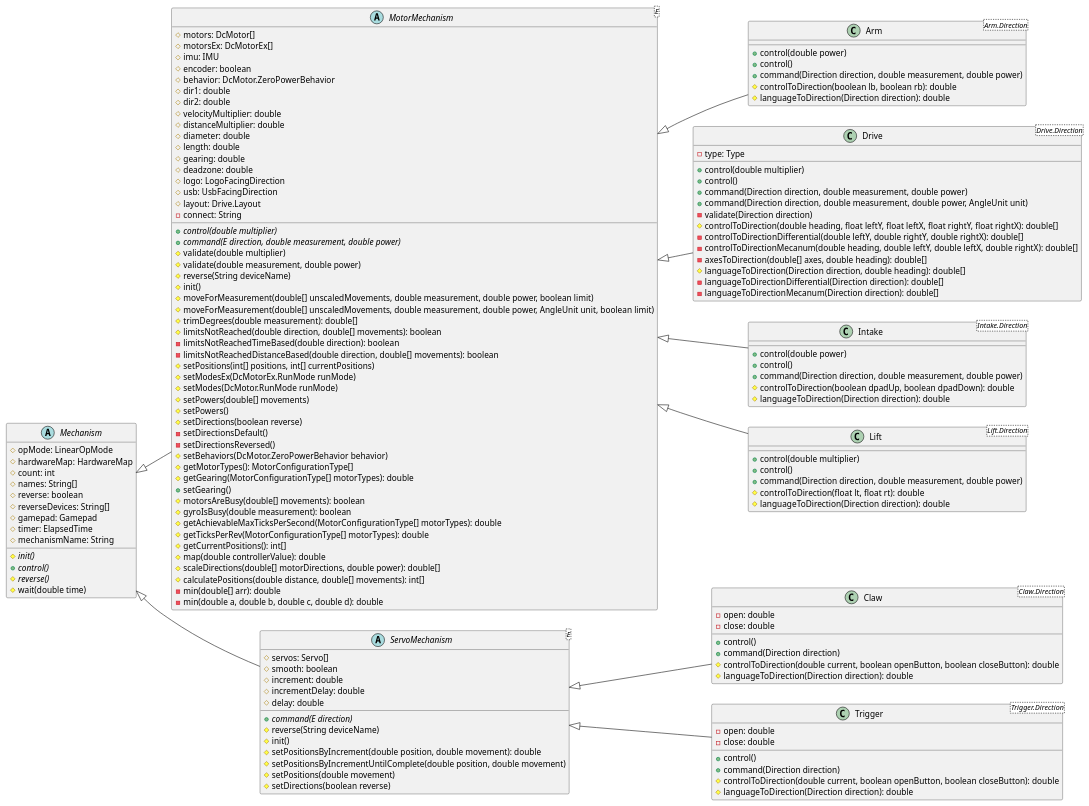
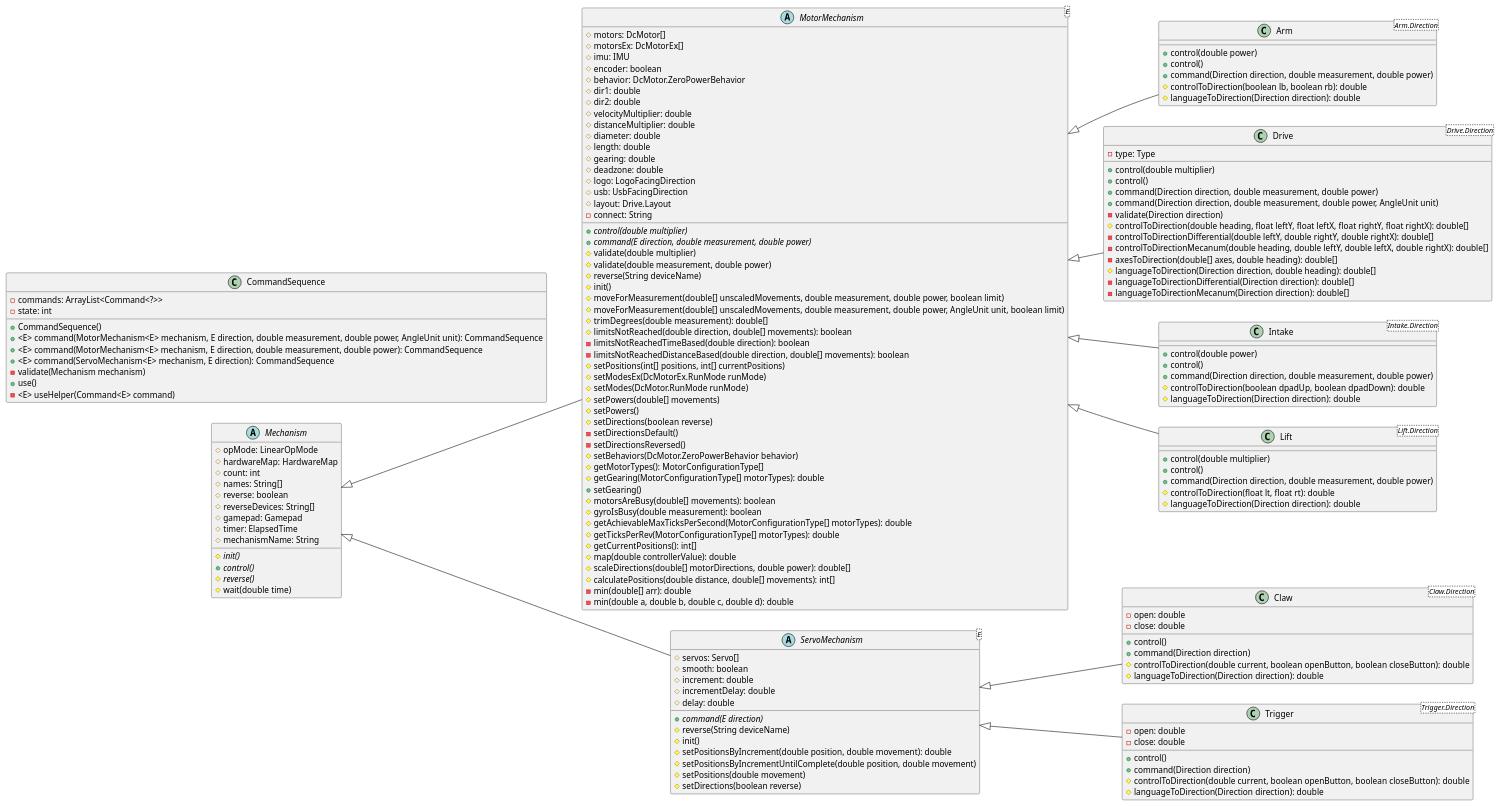
One commit to Collegiate-Edu-Nation/easy-ftc changed the diagram in docs/uml/src/mechanism.puml. Above: the diagram before and after it, drawn with PlantUML. The commit also changed 1 other file, not shown here.

Commit message:
uml: add CommandSequence and Command

```diff
--- a/docs/uml/src/mechanism.puml
+++ b/docs/uml/src/mechanism.puml
@@ -1,158 +1,170 @@
 @startuml
 
 left to right direction
 
 abstract class Mechanism {
     # opMode: LinearOpMode
     # hardwareMap: HardwareMap
     # count: int
     # names: String[]
     # reverse: boolean
     # reverseDevices: String[]
     # gamepad: Gamepad
     # timer: ElapsedTime
     # mechanismName: String
     {abstract}# init()
     {abstract}+ control()
     {abstract}# reverse()
     # wait(double time)
 }
 
 abstract class MotorMechanism<E> {
     # motors: DcMotor[] 
     # motorsEx: DcMotorEx[] 
     # imu: IMU
     # encoder: boolean
     # behavior: DcMotor.ZeroPowerBehavior
     # dir1: double
     # dir2: double
     # velocityMultiplier: double
     # distanceMultiplier: double
     # diameter: double
     # length: double
     # gearing: double
     # deadzone: double
     # logo: LogoFacingDirection
     # usb: UsbFacingDirection
     # layout: Drive.Layout
     - connect: String
     {abstract}+ control(double multiplier)
     {abstract}+ command(E direction, double measurement, double power)
     # validate(double multiplier)
     # validate(double measurement, double power)
     # reverse(String deviceName)
     # init()
     # moveForMeasurement(double[] unscaledMovements, double measurement, double power, boolean limit)
     # moveForMeasurement(double[] unscaledMovements, double measurement, double power, AngleUnit unit, boolean limit)
     # trimDegrees(double measurement): double[]
     # limitsNotReached(double direction, double[] movements): boolean
     - limitsNotReachedTimeBased(double direction): boolean
     - limitsNotReachedDistanceBased(double direction, double[] movements): boolean
     # setPositions(int[] positions, int[] currentPositions)
     # setModesEx(DcMotorEx.RunMode runMode)
     # setModes(DcMotor.RunMode runMode)
     # setPowers(double[] movements)
     # setPowers()
     # setDirections(boolean reverse)
     - setDirectionsDefault()
     - setDirectionsReversed()
     # setBehaviors(DcMotor.ZeroPowerBehavior behavior)
     # getMotorTypes(): MotorConfigurationType[]
     # getGearing(MotorConfigurationType[] motorTypes): double
     + setGearing()
     # motorsAreBusy(double[] movements): boolean
     # gyroIsBusy(double measurement): boolean
     # getAchievableMaxTicksPerSecond(MotorConfigurationType[] motorTypes): double
     # getTicksPerRev(MotorConfigurationType[] motorTypes): double
     # getCurrentPositions(): int[]
     # map(double controllerValue): double
     # scaleDirections(double[] motorDirections, double power): double[]
     # calculatePositions(double distance, double[] movements): int[]
     - min(double[] arr): double
     - min(double a, double b, double c, double d): double
 }
 
 abstract class ServoMechanism<E> {
     # servos: Servo[]
     # smooth: boolean
     # increment: double
     # incrementDelay: double
     # delay: double
     {abstract}+ command(E direction)
     # reverse(String deviceName)
     # init()
     # setPositionsByIncrement(double position, double movement): double
     # setPositionsByIncrementUntilComplete(double position, double movement)
     # setPositions(double movement)
     # setDirections(boolean reverse)
 }
 
+class CommandSequence {
+    - commands: ArrayList<Command<?>>
+    - state: int
+    + CommandSequence()
+    + <E> command(MotorMechanism<E> mechanism, E direction, double measurement, double power, AngleUnit unit): CommandSequence
+    + <E> command(MotorMechanism<E> mechanism, E direction, double measurement, double power): CommandSequence
+    + <E> command(ServoMechanism<E> mechanism, E direction): CommandSequence
+    - validate(Mechanism mechanism)
+    + use()
+    - <E> useHelper(Command<E> command)
+}
+
 class Arm<Arm.Direction> {
     + control(double power)
     + control()
     + command(Direction direction, double measurement, double power)
     # controlToDirection(boolean lb, boolean rb): double
     # languageToDirection(Direction direction): double
 }
 
 class Claw<Claw.Direction> {
     - open: double
     - close: double
     + control()
     + command(Direction direction)
     # controlToDirection(double current, boolean openButton, boolean closeButton): double
     # languageToDirection(Direction direction): double
 }
 
 class Drive<Drive.Direction> {
     - type: Type
     + control(double multiplier)
     + control()
     + command(Direction direction, double measurement, double power)
     + command(Direction direction, double measurement, double power, AngleUnit unit)
     - validate(Direction direction)
     # controlToDirection(double heading, float leftY, float leftX, float rightY, float rightX): double[]
     - controlToDirectionDifferential(double leftY, double rightY, double rightX): double[]
     - controlToDirectionMecanum(double heading, double leftY, double leftX, double rightX): double[]
     - axesToDirection(double[] axes, double heading): double[]
     # languageToDirection(Direction direction, double heading): double[]
     - languageToDirectionDifferential(Direction direction): double[]
     - languageToDirectionMecanum(Direction direction): double[]
 }
 
 class Intake<Intake.Direction> {
     + control(double power)
     + control()
     + command(Direction direction, double measurement, double power)
     # controlToDirection(boolean dpadUp, boolean dpadDown): double
     # languageToDirection(Direction direction): double
 }
 
 class Lift<Lift.Direction> {
     + control(double multiplier)
     + control()
     + command(Direction direction, double measurement, double power)
     # controlToDirection(float lt, float rt): double
     # languageToDirection(Direction direction): double
 }
 
 class Trigger<Trigger.Direction> {
     - open: double
     - close: double
     + control()
     + command(Direction direction)
     # controlToDirection(double current, boolean openButton, boolean closeButton): double
     # languageToDirection(Direction direction): double
 }
 
 Mechanism <|-- MotorMechanism
 Mechanism <|-- ServoMechanism
 
 MotorMechanism <|-- Arm
 ServoMechanism <|-- Claw
 MotorMechanism <|-- Drive
 MotorMechanism <|-- Intake
 MotorMechanism <|-- Lift
 ServoMechanism <|-- Trigger
 
 @enduml
```
